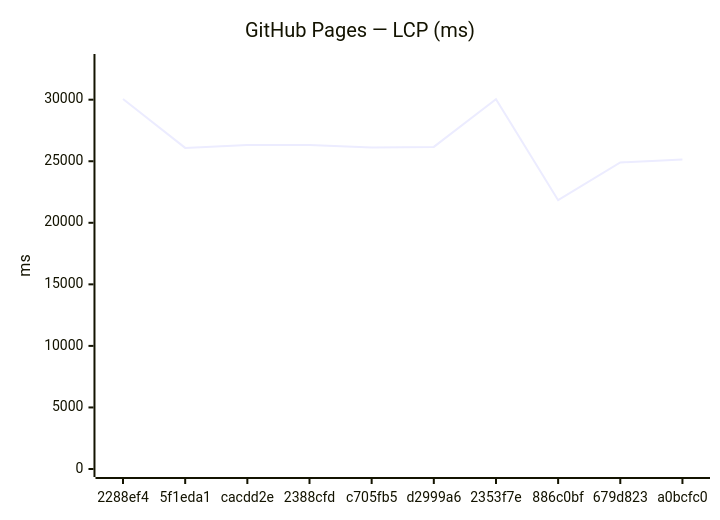
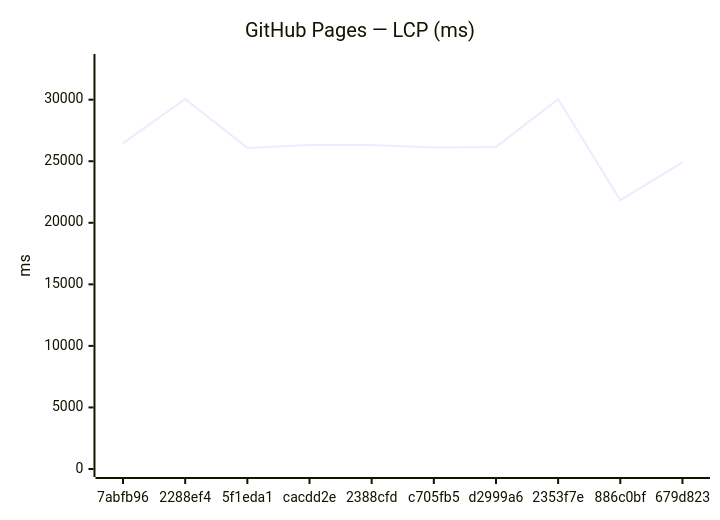
One commit to Metaheurist/Rianell changed the third of 12 diagrams in benchmarks/compare.md. Above: the diagram before and after it, drawn with Mermaid. The commit also changed other lines of this file and 8 other files, not shown here.

````diff
--- a/benchmarks/compare.md
+++ b/benchmarks/compare.md
@@ -54,7 +54,7 @@
 ```mermaid
 xychart-beta
     title "GitHub Pages — LCP (ms)"
-    x-axis ["2288ef4", "5f1eda1", "cacdd2e", "2388cfd", "c705fb5", "d2999a6", "2353f7e", "886c0bf", "679d823", "a0bcfc0"]
+    x-axis ["7abfb96", "2288ef4", "5f1eda1", "cacdd2e", "2388cfd", "c705fb5", "d2999a6", "2353f7e", "886c0bf", "679d823"]
     y-axis "ms" 0 --> 33062
-    line [30056, 26085, 26327, 26326, 26120, 26164, 30047, 21835, 24900, 25139]
+    line [26467, 30056, 26085, 26327, 26326, 26120, 26164, 30047, 21835, 24900]
 ```
````
